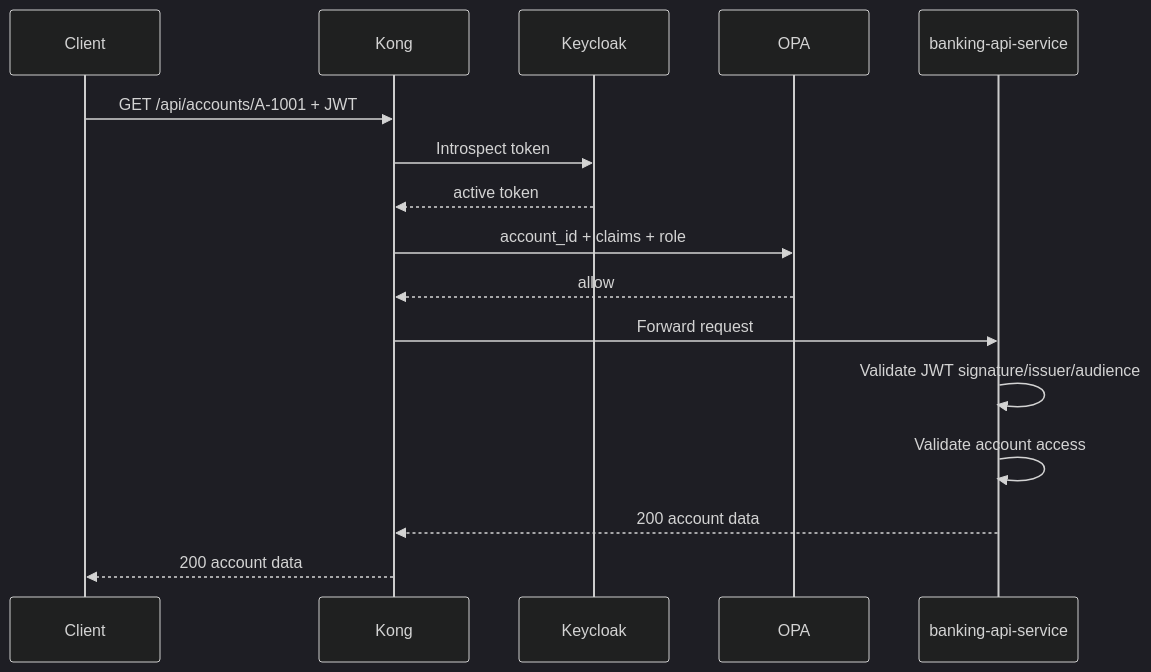
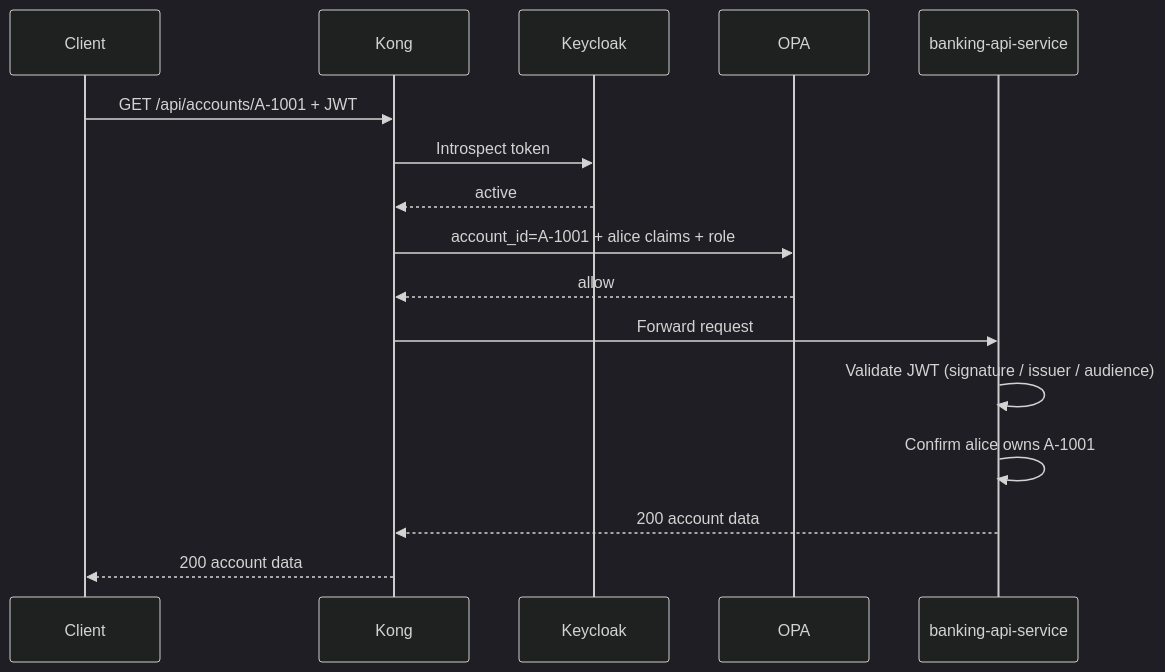
Before and after one commit to geekchow/micro-service-auth: the third of 5 diagrams in docs/03-request-flows.md, drawn with Mermaid (dark theme). The commit also changed other lines of this file, not shown here.

Commit message:
docs: rewrite 03 request flows with template

````diff
--- a/docs/03-request-flows.md
+++ b/docs/03-request-flows.md
@@ -72,19 +81,19 @@
 ```mermaid
 sequenceDiagram
     participant C as Client
     participant G as Kong
     participant K as Keycloak
     participant O as OPA
     participant B as banking-api-service
 
     C->>G: GET /api/accounts/A-1001 + JWT
     G->>K: Introspect token
-    K-->>G: active token
-    G->>O: account_id + claims + role
+    K-->>G: active
+    G->>O: account_id=A-1001 + alice claims + role
     O-->>G: allow
     G->>B: Forward request
-    B->>B: Validate JWT signature/issuer/audience
-    B->>B: Validate account access
+    B->>B: Validate JWT (signature / issuer / audience)
+    B->>B: Confirm alice owns A-1001
     B-->>G: 200 account data
     G-->>C: 200 account data
 ```
````
